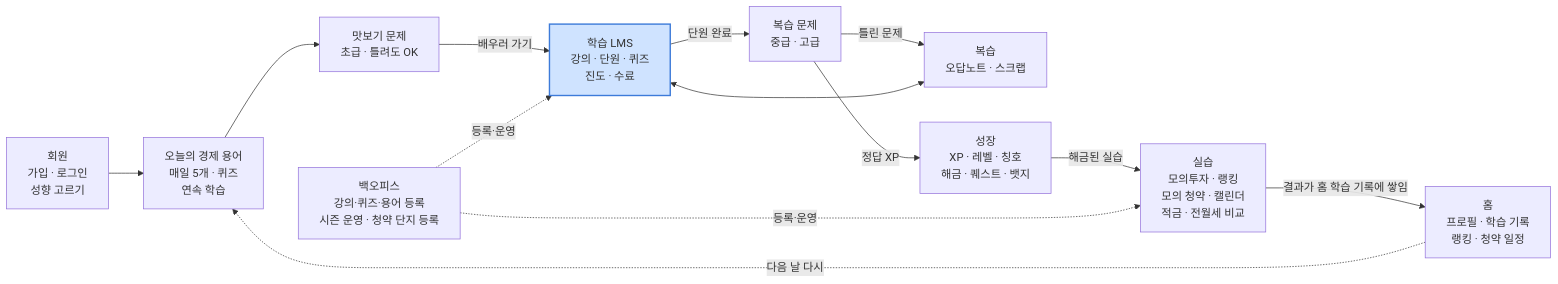
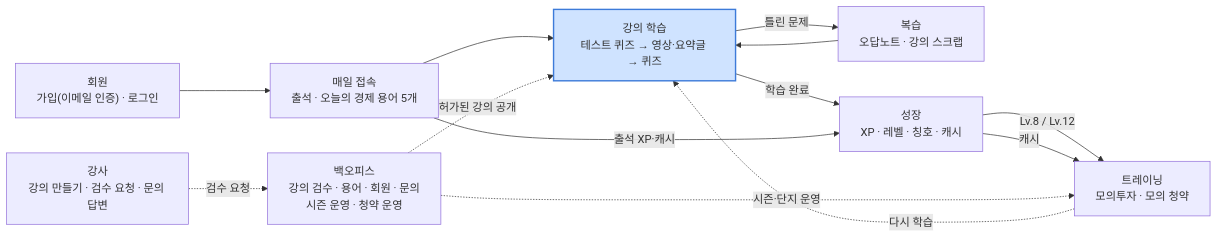
One commit to bukkeu/my-home-finish changed the first of 13 diagrams in docs/MoneyBeetle_업무분석.md. Above: the diagram before and after it, drawn with Mermaid. The commit also changed other lines of this file, not shown here.

````diff
--- a/docs/MoneyBeetle_업무분석.md
+++ b/docs/MoneyBeetle_업무분석.md
@@ -127,16 +121,16 @@
 ```mermaid
 flowchart LR
-    MEM["회원<br/>가입 · 로그인<br/>성향 고르기"] --> TERM["오늘의 경제 용어<br/>매일 5개 · 퀴즈<br/>연속 학습"]
-    TERM --> PRE["맛보기 문제<br/>초급 · 틀려도 OK"]
-    PRE -- 배우러 가기 --> LMS["학습 LMS<br/>강의 · 단원 · 퀴즈<br/>진도 · 수료"]
-    LMS -- 단원 완료 --> POST["복습 문제<br/>중급 · 고급"]
-    POST -- 틀린 문제 --> REV
-    LMS <--> REV["복습<br/>오답노트 · 스크랩"]
-    POST -- 정답 XP --> GROW["성장<br/>XP · 레벨 · 칭호<br/>해금 · 퀘스트 · 뱃지"]
-    GROW -- 해금된 실습 --> PRAC["실습<br/>모의투자 · 랭킹<br/>모의 청약 · 캘린더<br/>적금 · 전월세 비교"]
-    PRAC -- 결과가 홈 학습 기록에 쌓임 --> HOME["홈<br/>프로필 · 학습 기록<br/>랭킹 · 청약 일정"]
-    HOME -. 다음 날 다시 .-> TERM
-    ADMIN["백오피스<br/>강의·퀴즈·용어 등록<br/>시즌 운영 · 청약 단지 등록"] -. 등록·운영 .-> LMS
-    ADMIN -. 등록·운영 .-> PRAC
+    MEM["회원<br/>가입(이메일 인증) · 로그인"] --> DAY["매일 접속<br/>출석 · 오늘의 경제 용어 5개"]
+    DAY --> LMS["강의 학습<br/>테스트 퀴즈 → 영상·요약글 → 퀴즈"]
+    LMS -- 틀린 문제 --> REV["복습<br/>오답노트 · 강의 스크랩"]
+    REV --> LMS
+    LMS -- 학습 완료 --> GROW["성장<br/>XP · 레벨 · 칭호 · 캐시"]
+    DAY -- 출석 XP·캐시 --> GROW
+    GROW -- Lv.8 / Lv.12 --> PRAC["트레이닝<br/>모의투자 · 모의 청약"]
+    GROW -- 캐시 --> PRAC
+    PRAC -. 다시 학습 .-> LMS
+    TCH["강사<br/>강의 만들기 · 검수 요청 · 문의 답변"] -. 검수 요청 .-> ADMIN
+    ADMIN["백오피스<br/>강의 검수 · 용어 · 회원 · 문의<br/>시즌 운영 · 청약 운영"] -. 허가된 강의 공개 .-> LMS
+    ADMIN -. 시즌·단지 운영 .-> PRAC
     style LMS fill:#CFE3FF,stroke:#3D7BD9,stroke-width:2px
 ```
````
